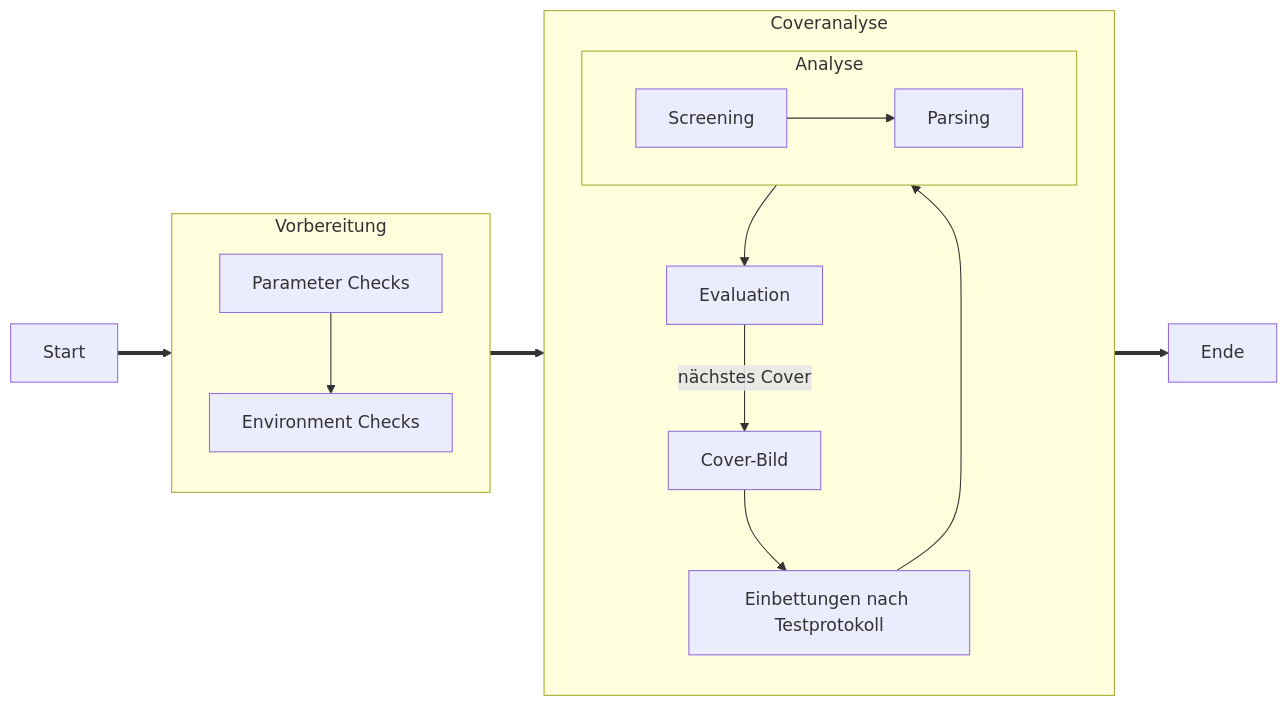
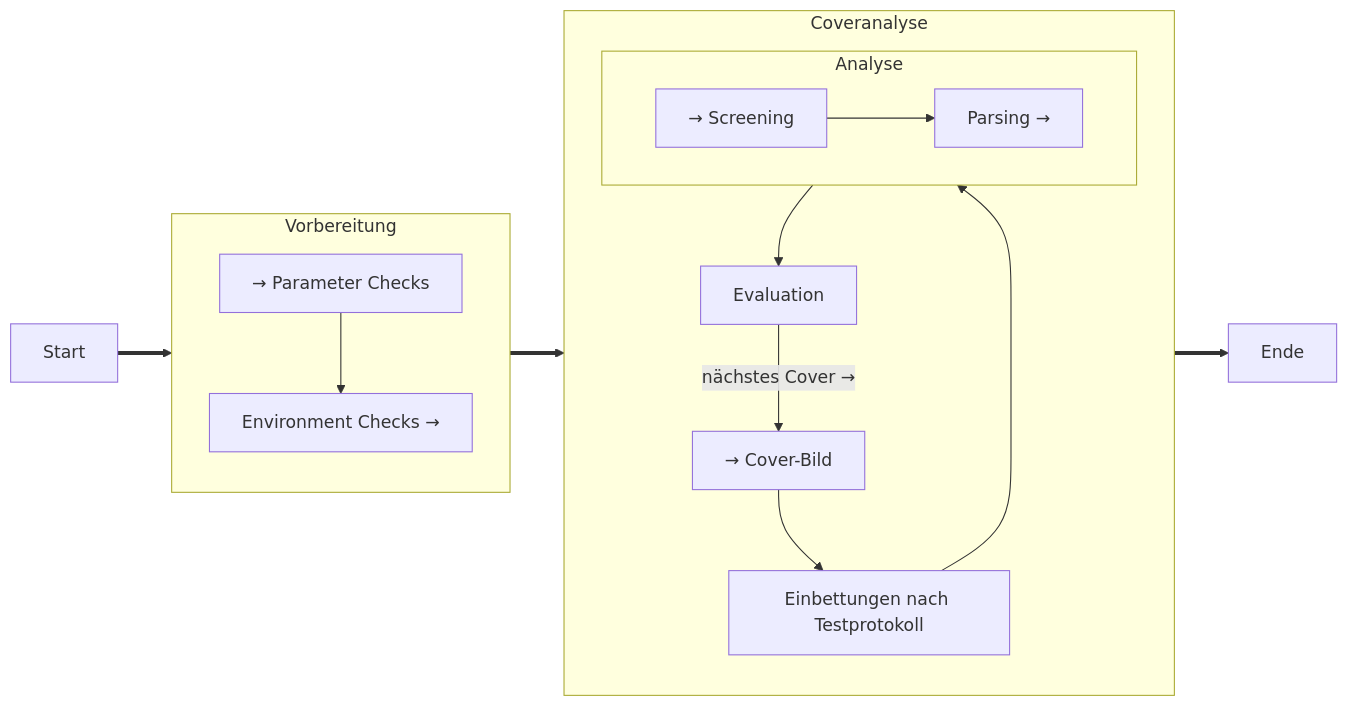
Before and after one commit to bh-8/amsl-it-security-projects: the diagram in SMKITS5/README.md, drawn with Mermaid.

````diff
--- a/SMKITS5/README.md
+++ b/SMKITS5/README.md
@@ -78,30 +78,30 @@
     ```mermaid
     flowchart LR
       start["Start"]
       subgraph Vorbereitung
-        params["Parameter Checks"]
-        env["Environment Checks"]
+        params["→ Parameter Checks"]
+        env["Environment Checks →"]
         direction TB
         params-->env
       end
       subgraph Coveranalyse
-        new["Cover-Bild"]
+        new["→ Cover-Bild"]
         embed["Einbettungen nach Testprotokoll"]
         subgraph Analyse
           direction LR
-          screening["Screening"]
-          parsing["Parsing"]
+          screening["→ Screening"]
+          parsing["Parsing →"]
           screening-->parsing
         end
         eval["Evaluation"]
         direction TB
         new-->embed
         embed-->Analyse
         Analyse-->eval
-        eval--nächstes Cover-->new
+        eval--"nächstes Cover →"-->new
       end
       ende["Ende"]
       start==>Vorbereitung
       Vorbereitung==>Coveranalyse
       Coveranalyse==>ende
     ```
````
